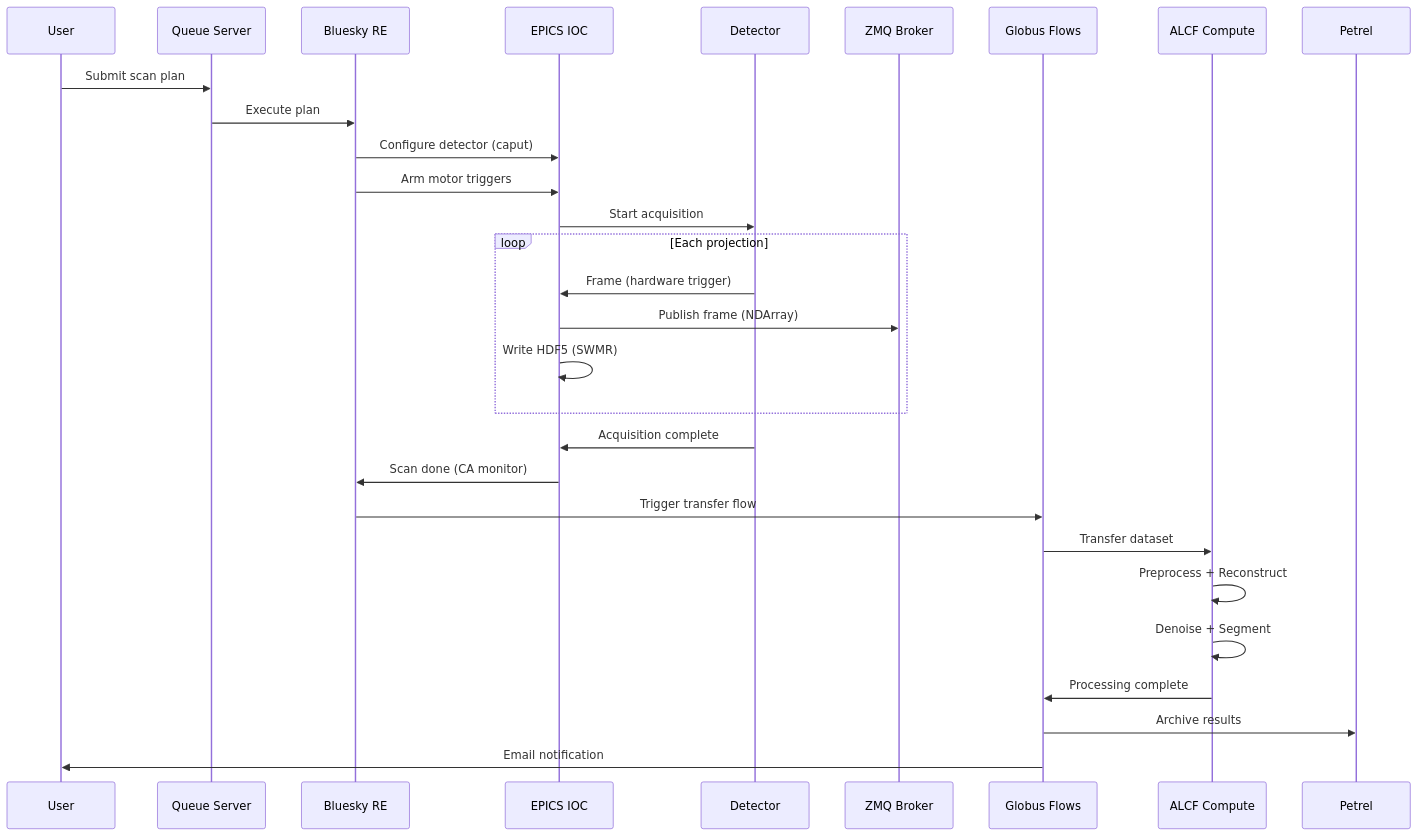
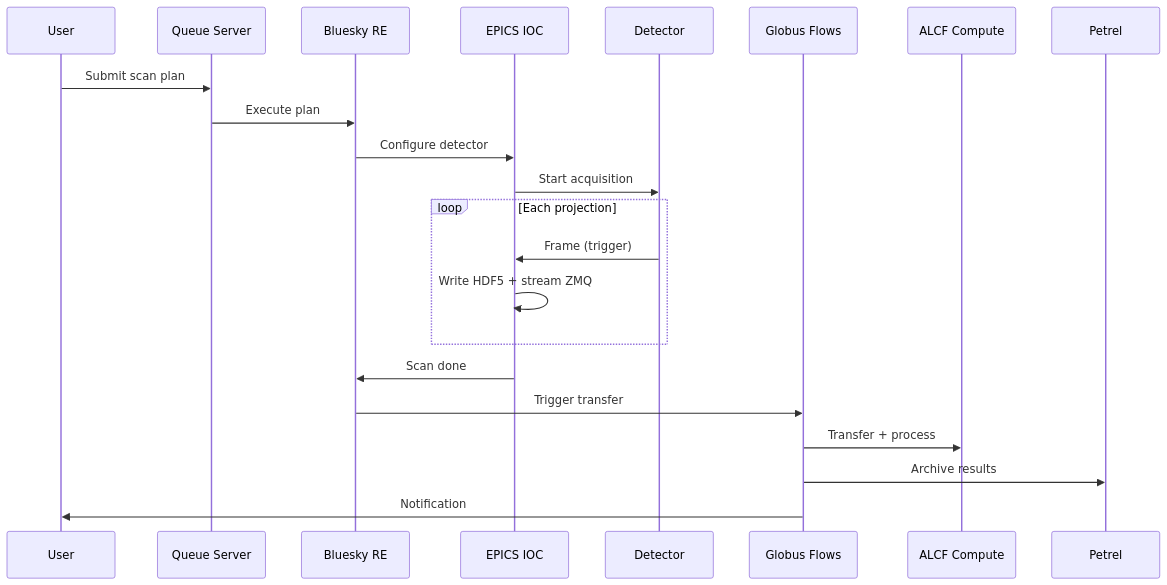
Before and after one commit to Denny-Hwang/synchrotron-data-analysis-notes: the fourth of 5 diagrams in 07_data_pipeline/architecture_diagram.md, drawn with Mermaid. The commit also changed other lines of this file and 17 other files, not shown here.

````diff
--- a/07_data_pipeline/architecture_diagram.md
+++ b/07_data_pipeline/architecture_diagram.md
@@ -147,32 +74,25 @@
 ```mermaid
 sequenceDiagram
     participant User
-    participant QServer as Queue Server
-    participant Bluesky as Bluesky RE
-    participant EPICS as EPICS IOC
+    participant QS as Queue Server
+    participant BS as Bluesky RE
+    participant IOC as EPICS IOC
     participant Det as Detector
-    participant ZMQ as ZMQ Broker
-    participant Globus as Globus Flows
-    participant ALCF as ALCF Compute
-    participant Petrel as Petrel
+    participant GF as Globus Flows
+    participant HPC as ALCF Compute
+    participant Pet as Petrel
 
-    User->>QServer: Submit scan plan
-    QServer->>Bluesky: Execute plan
-    Bluesky->>EPICS: Configure detector (caput)
-    Bluesky->>EPICS: Arm motor triggers
-    EPICS->>Det: Start acquisition
+    User->>QS: Submit scan plan
+    QS->>BS: Execute plan
+    BS->>IOC: Configure detector
+    IOC->>Det: Start acquisition
     loop Each projection
-        Det->>EPICS: Frame (hardware trigger)
-        EPICS->>ZMQ: Publish frame (NDArray)
-        EPICS->>EPICS: Write HDF5 (SWMR)
+        Det->>IOC: Frame (trigger)
+        IOC->>IOC: Write HDF5 + stream ZMQ
     end
-    Det->>EPICS: Acquisition complete
-    EPICS->>Bluesky: Scan done (CA monitor)
-    Bluesky->>Globus: Trigger transfer flow
-    Globus->>ALCF: Transfer dataset
-    ALCF->>ALCF: Preprocess + Reconstruct
-    ALCF->>ALCF: Denoise + Segment
-    ALCF->>Globus: Processing complete
-    Globus->>Petrel: Archive results
-    Globus->>User: Email notification
+    IOC->>BS: Scan done
+    BS->>GF: Trigger transfer
+    GF->>HPC: Transfer + process
+    GF->>Pet: Archive results
+    GF->>User: Notification
 ```
````
